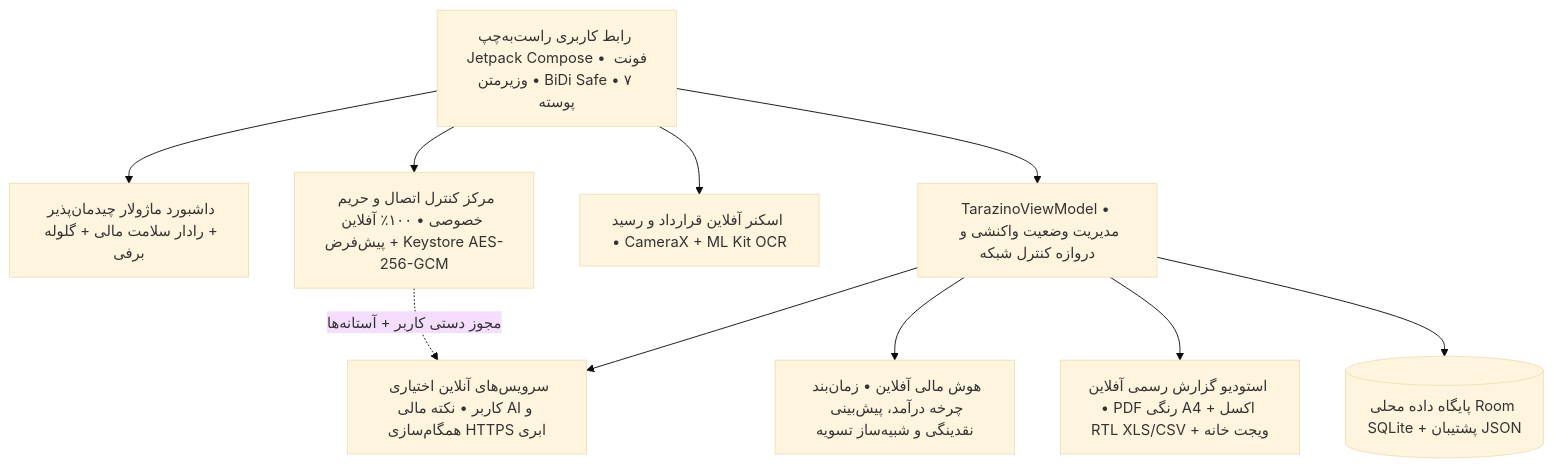
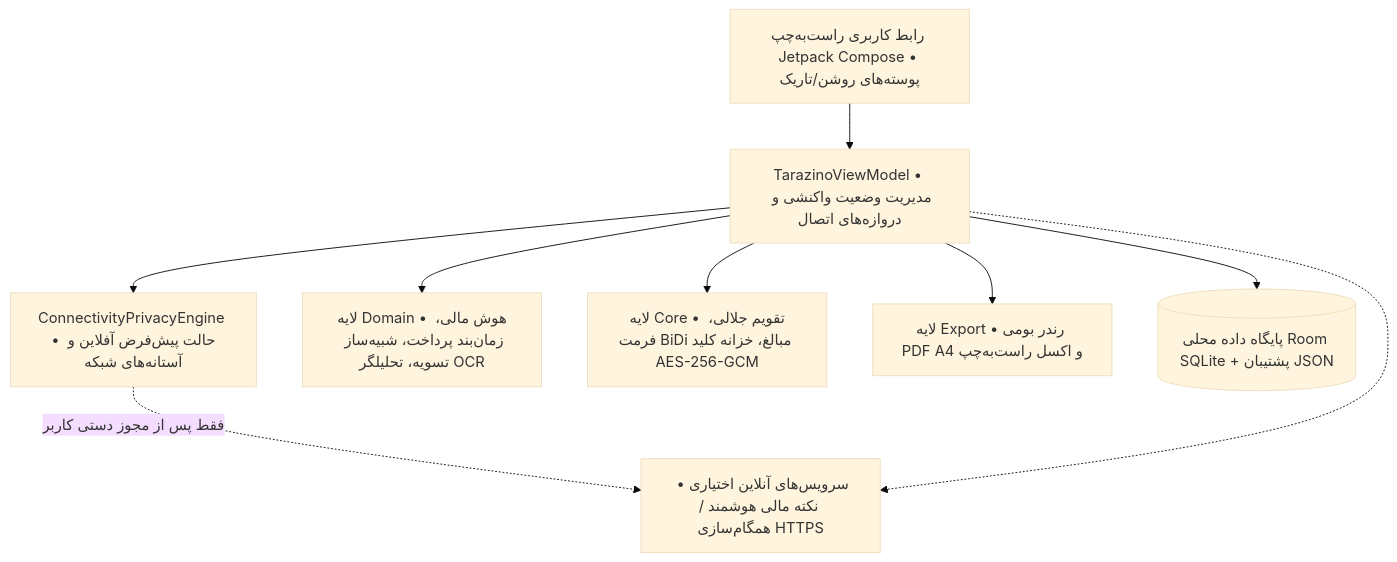
Before and after one commit to Mahdias1383/Intelligent-Personal-Financial-Management-System: the diagram in README.md, drawn with Mermaid (base theme). The commit also changed other lines of this file and 9 other files, not shown here.

````diff
--- a/README.md
+++ b/README.md
@@ -157,22 +183,20 @@
 ```mermaid
 graph TD
-    UI[رابط کاربری راست‌به‌چپ Jetpack Compose • فونت وزیرمتن • BiDi Safe • ۷ پوسته]
-    GRID[داشبورد ماژولار چیدمان‌پذیر + رادار سلامت مالی + گلوله برفی]
-    PRIV[مرکز کنترل اتصال و حریم خصوصی • ۱۰۰٪ آفلاین پیش‌فرض + Keystore AES-256-GCM]
-    OCR[اسکنر آفلاین قرارداد و رسید • CameraX + ML Kit OCR]
-    VM[TarazinoViewModel • مدیریت وضعیت واکنشی و دروازه کنترل شبکه]
-    INTEL[هوش مالی آفلاین • زمان‌بند چرخه درآمد، پیش‌بینی نقدینگی و شبیه‌ساز تسویه]
-    OPT[سرویس‌های آنلاین اختیاری کاربر • نکته مالی AI و همگام‌سازی HTTPS ابری]
-    EXP[استودیو گزارش رسمی آفلاین • PDF رنگی A4 + اکسل RTL XLS/CSV + ویجت خانه]
+    UI[رابط کاربری راست‌به‌چپ Jetpack Compose • پوسته‌های روشن/تاریک]
+    VM[TarazinoViewModel • مدیریت وضعیت واکنشی و دروازه‌های اتصال]
+    PRIV[ConnectivityPrivacyEngine • حالت پیش‌فرض آفلاین و آستانه‌های شبکه]
+    DOMAIN[لایه Domain • هوش مالی، زمان‌بند پرداخت، شبیه‌ساز تسویه، تحلیلگر OCR]
+    CORE[لایه Core • تقویم جلالی، فرمت BiDi مبالغ، خزانه کلید AES-256-GCM]
+    EXP[لایه Export • رندر بومی PDF A4 و اکسل راست‌به‌چپ]
     DB[(پایگاه داده محلی Room SQLite + پشتیبان JSON)]
+    OPT[سرویس‌های آنلاین اختیاری • نکته مالی هوشمند / همگام‌سازی HTTPS]
 
-    UI --> GRID
-    UI --> PRIV
-    UI --> OCR
     UI --> VM
-    VM --> INTEL
+    VM --> PRIV
+    VM --> DOMAIN
+    VM --> CORE
     VM --> EXP
     VM --> DB
-    PRIV -. مجوز دستی کاربر + آستانه‌ها .-> OPT
-    VM --> OPT
+    PRIV -. فقط پس از مجوز دستی کاربر .-> OPT
+    VM -.-> OPT
 ```
````
